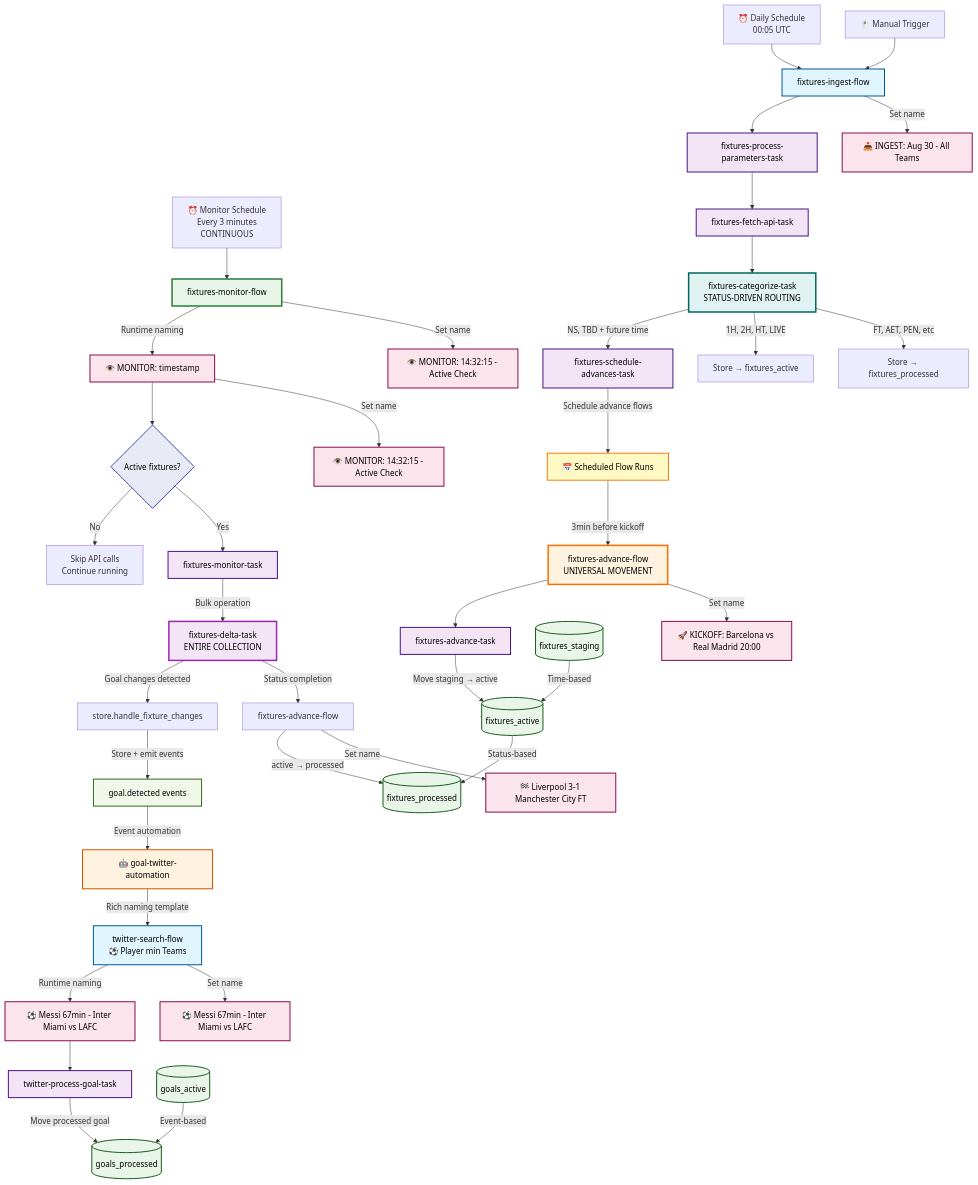
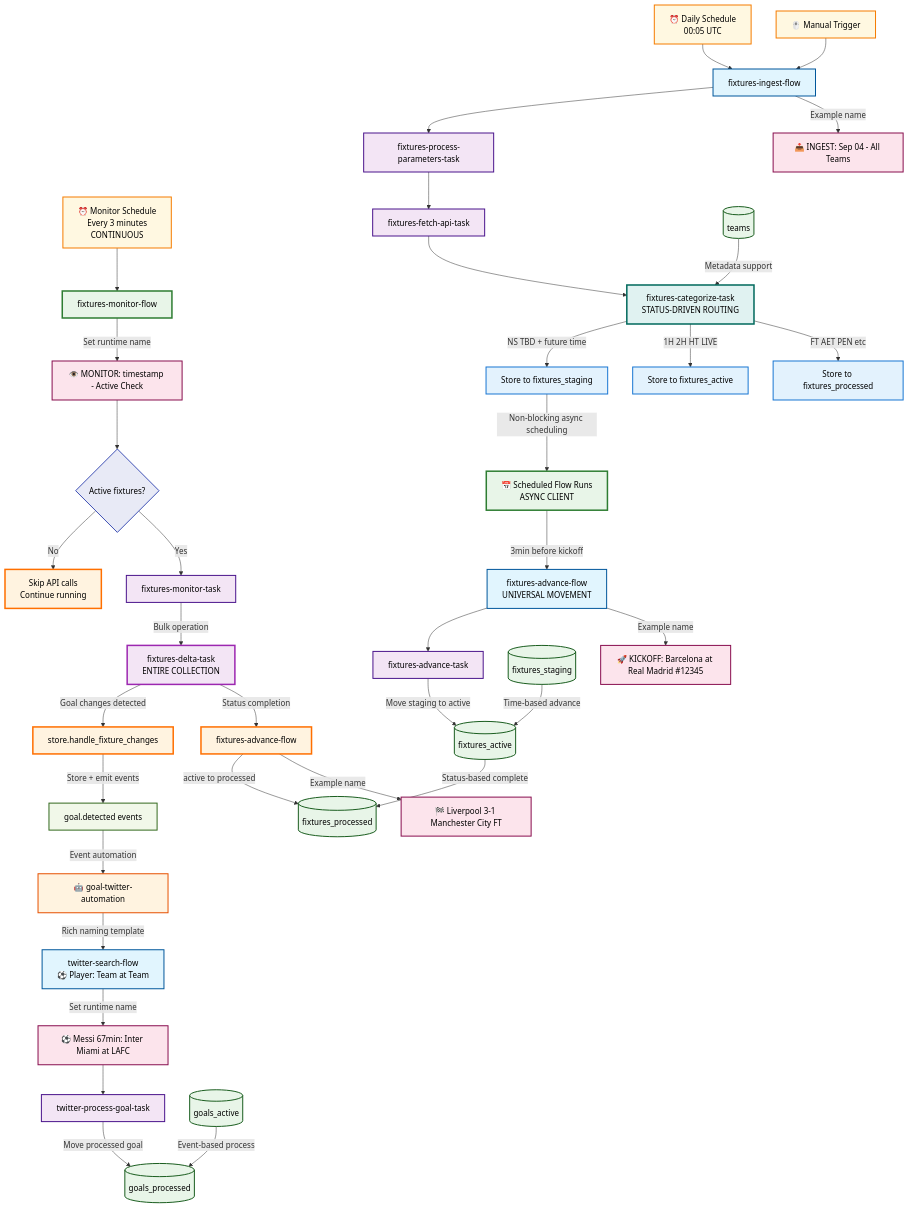
Before and after one commit to vedantadhobley/found-footy: the first of 2 diagrams in README.md, drawn with Mermaid. The commit also changed other lines of this file and 5 other files, not shown here.

Commit message:
Fixed fixtures_flows and fixture scheduling for live fixtures.

````diff
--- a/README.md
+++ b/README.md
@@ -16,79 +17,82 @@
 ```mermaid
 graph TB
     %% External Triggers
     Daily[⏰ Daily Schedule<br/>00:05 UTC] --> FIF[fixtures-ingest-flow]
     Monitor[⏰ Monitor Schedule<br/>Every 3 minutes<br/>CONTINUOUS] --> FMF[fixtures-monitor-flow]
     Manual[🖱️ Manual Trigger] --> FIF
     
     %% Pure Ingest Flow - Status-Based Routing
     FIF --> FPP[fixtures-process-parameters-task]
     FPP --> FFA[fixtures-fetch-api-task]
     FFA --> FCT[fixtures-categorize-task<br/>STATUS-DRIVEN ROUTING]
-    FCT --> |NS, TBD + future time| FSA[fixtures-schedule-advances-task]
-    FCT --> |1H, 2H, HT, LIVE| STORE_ACTIVE[Store → fixtures_active]
-    FCT --> |FT, AET, PEN, etc| STORE_COMPLETED[Store → fixtures_processed]
-    FSA --> |Schedule advance flows| SCHED[📅 Scheduled Flow Runs]
+    FCT --> |NS TBD + future time| STAGING[Store to fixtures_staging]
+    FCT --> |1H 2H HT LIVE| ACTIVE[Store to fixtures_active]
+    FCT --> |FT AET PEN etc| COMPLETED[Store to fixtures_processed]
+    STAGING --> |Non-blocking async scheduling| SCHED[📅 Scheduled Flow Runs<br/>ASYNC CLIENT]
     
-    %% Universal Advance Flow (Time-Scheduled Only)
+    %% Universal Advance Flow
     SCHED --> |3min before kickoff| FAF[fixtures-advance-flow<br/>UNIVERSAL MOVEMENT]
     FAF --> FAT[fixtures-advance-task]
-    FAT --> |Move staging → active| FA[(fixtures_active)]
+    FAT --> |Move staging to active| FA[(fixtures_active)]
     
-    %% Pure Monitor Flow (Live Goal Detection Only)
-    FMF --> |Runtime naming| SET_NAME[👁️ MONITOR: timestamp]
+    %% Pure Monitor Flow
+    FMF --> |Set runtime name| SET_NAME[👁️ MONITOR: timestamp - Active Check]
     SET_NAME --> CHECK{Active fixtures?}
     CHECK -->|No| SKIP[Skip API calls<br/>Continue running]
     CHECK -->|Yes| FMT[fixtures-monitor-task]
     FMT --> |Bulk operation| FDT[fixtures-delta-task<br/>ENTIRE COLLECTION]
     FDT --> |Goal changes detected| HANDLE[store.handle_fixture_changes]
     FDT --> |Status completion| COMPLETE[fixtures-advance-flow]
     HANDLE --> |Store + emit events| GTE[goal.detected events]
-    COMPLETE --> |active → processed| FP[(fixtures_processed)]
+    COMPLETE --> |active to processed| FP[(fixtures_processed)]
     
-    %% Event-Driven Goal Processing (Pure)
+    %% Event-Driven Goal Processing
     GTE --> |Event automation| AUT[🤖 goal-twitter-automation]
-    AUT --> |Rich naming template| TSF[twitter-search-flow<br/>⚽ Player min Teams]
-    TSF --> |Runtime naming| TSF_NAME[⚽ Messi 67min - Inter Miami vs LAFC]
+    AUT --> |Rich naming template| TSF[twitter-search-flow<br/>⚽ Player: Team at Team]
+    TSF --> |Set runtime name| TSF_NAME[⚽ Messi 67min: Inter Miami at LAFC]
     TSF_NAME --> TPT[twitter-process-goal-task]
     TPT --> |Move processed goal| GP[(goals_processed)]
     
-    %% Clean Data Collections
-    FS[(fixtures_staging)] --> |Time-based| FA
-    FA --> |Status-based| FP
-    GA[(goals_active)] --> |Event-based| GP
+    %% Data Collections
+    FS[(fixtures_staging)] --> |Time-based advance| FA
+    FA --> |Status-based complete| FP
+    GA[(goals_active)] --> |Event-based process| GP
+    TS[(teams)] --> |Metadata support| FCT
     
-    %% Rich Flow Naming
-    FIF --> |Set name| FIF_NAME[📥 INGEST: Aug 30 - All Teams]
-    FMF --> |Set name| FMF_NAME[👁️ MONITOR: 14:32:15 - Active Check]
-    FAF --> |Set name| FAF_NAME[🚀 KICKOFF: Barcelona vs Real Madrid 20:00]
-    COMPLETE --> |Set name| COMP_NAME[🏁 Liverpool 3-1 Manchester City FT]
-    TSF --> |Set name| TSF_NAME2[⚽ Messi 67min - Inter Miami vs LAFC]
-    SET_NAME --> |Set name| SET_NAME2[👁️ MONITOR: 14:32:15 - Active Check]
+    %% Flow Naming Examples
+    FIF --> |Example name| FIF_NAME[📥 INGEST: Sep 04 - All Teams]
+    FAF --> |Example name| FAF_NAME[🚀 KICKOFF: Barcelona at Real Madrid #12345]
+    COMPLETE --> |Example name| COMP_NAME[🏁 Liverpool 3-1 Manchester City FT]
     
-    %% Styling with proper contrast
+    %% Styling
     classDef flow fill:#e1f5fe,stroke:#01579b,stroke-width:2px,color:#000000
     classDef task fill:#f3e5f5,stroke:#4a148c,stroke-width:2px,color:#000000
     classDef collection fill:#e8f5e8,stroke:#1b5e20,stroke-width:2px,color:#000000
     classDef automation fill:#fff3e0,stroke:#e65100,stroke-width:2px,color:#000000
     classDef scheduled fill:#fff9c4,stroke:#f57f17,stroke-width:2px,color:#000000
     classDef event fill:#f1f8e9,stroke:#33691e,stroke-width:2px,color:#000000
     classDef decision fill:#e8eaf6,stroke:#3f51b5,stroke-width:2px,color:#000000
     classDef naming fill:#fce4ec,stroke:#880e4f,stroke-width:2px,color:#000000
     classDef continuous fill:#e8f5e8,stroke:#2e7d32,stroke-width:3px,color:#000000
     classDef universal fill:#fff3e0,stroke:#ff6f00,stroke-width:3px,color:#000000
     classDef bulk fill:#f3e5f5,stroke:#9c27b0,stroke-width:3px,color:#000000
     classDef status fill:#e0f2f1,stroke:#00695c,stroke-width:3px,color:#000000
+    classDef storage fill:#e3f2fd,stroke:#1976d2,stroke-width:2px,color:#000000
+    classDef trigger fill:#fff8e1,stroke:#f57c00,stroke-width:2px,color:#000000
+    classDef async fill:#e8f5e8,stroke:#2e7d32,stroke-width:3px,color:#000000
     
-    class FIF,TSF flow
+    class FIF,TSF,FAF flow
     class FMF continuous
-    class FAF universal
-    class FPP,FFA,FSA,FMT,FAT,TPT task
+    class FPP,FFA,FMT,FAT,TPT task
     class FCT status
     class FDT bulk
-    class FS,FA,FP,GA,GP collection
+    class FS,FA,FP,GA,GP,TS collection
     class AUT automation
-    class SCHED scheduled
+    class SCHED async
     class GTE event
     class CHECK decision
-    class FIF_NAME,FMF_NAME,FAF_NAME,COMP_NAME,TSF_NAME,TSF_NAME2,SET_NAME,SET_NAME2 naming
+    class FIF_NAME,FAF_NAME,COMP_NAME,SET_NAME,TSF_NAME naming
+    class STAGING,ACTIVE,COMPLETED storage
+    class Daily,Monitor,Manual trigger
+    class SKIP,HANDLE,COMPLETE universal
 ```
````
